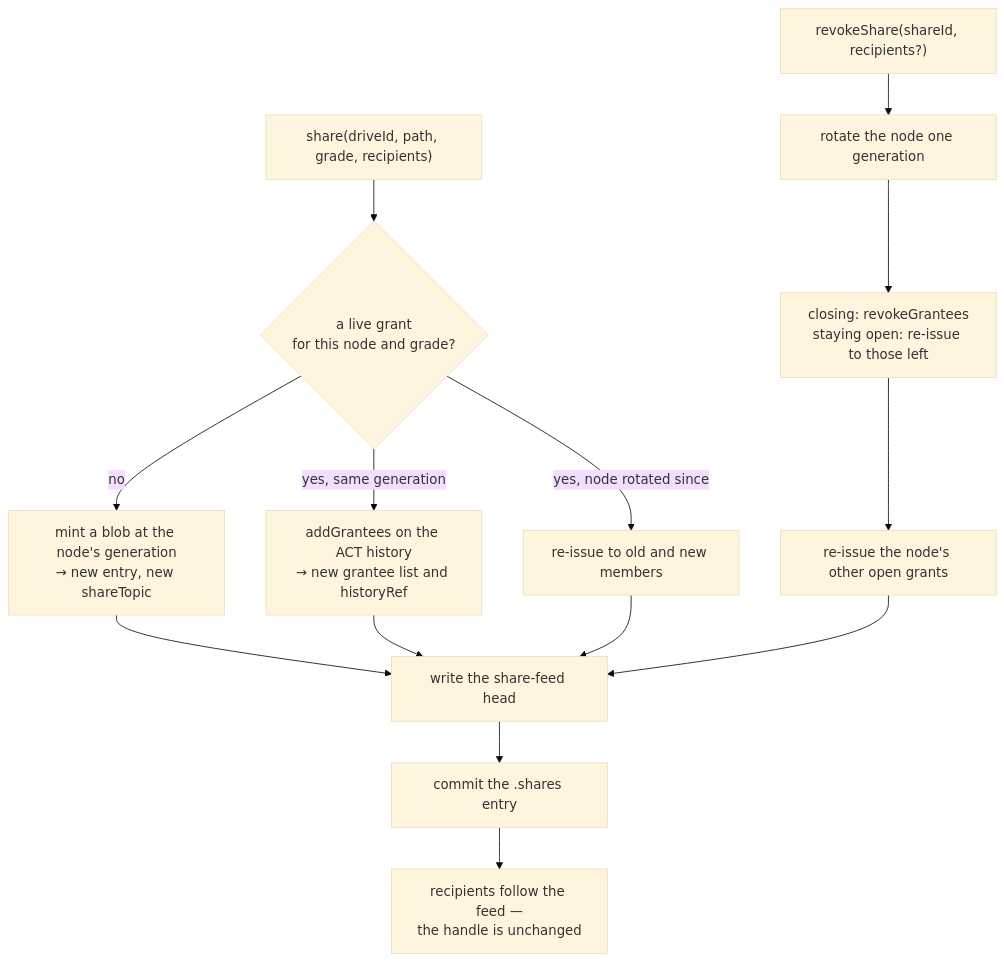
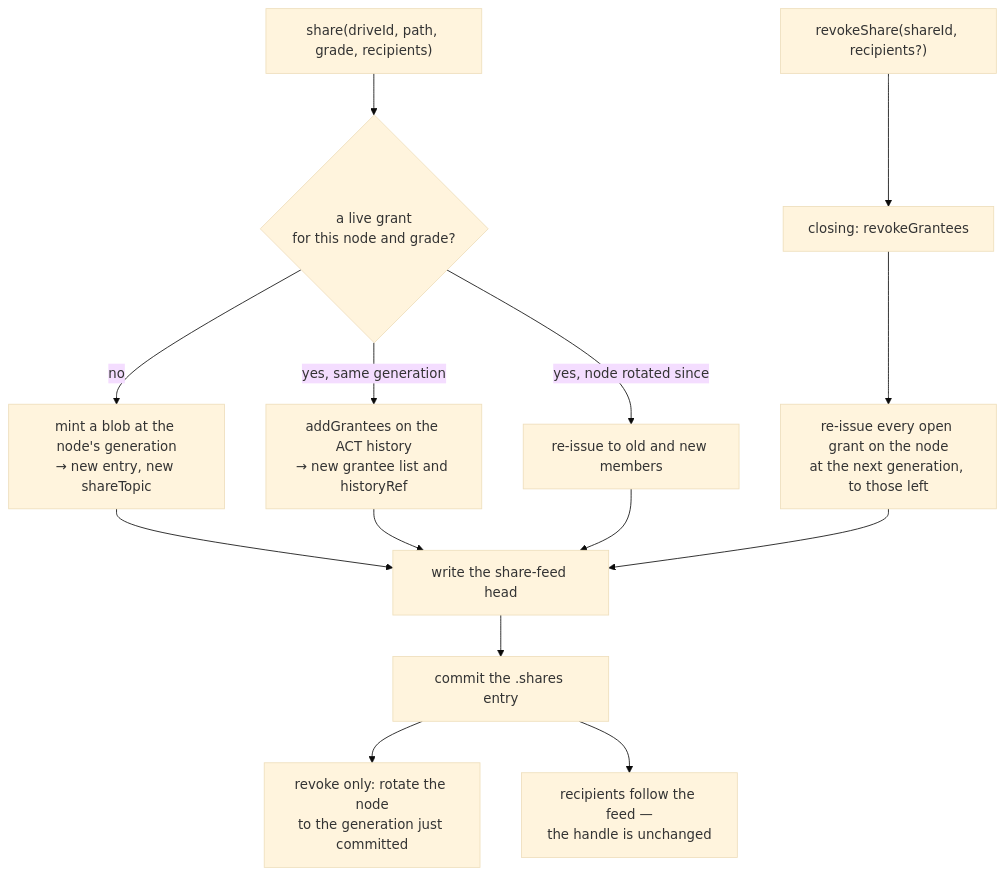
Before and after one commit to Solar-Punk-Ltd/file-manager-lib: the fifth of 6 diagrams in docs/ACCESS_CONTROL.md, drawn with Mermaid (base theme). The commit also changed other lines of this file and 16 other files, not shown here.

````diff
--- a/docs/ACCESS_CONTROL.md
+++ b/docs/ACCESS_CONTROL.md
@@ -346,16 +361,16 @@
 ```mermaid
 flowchart TD
     A["share(driveId, path, grade, recipients)"] --> B{"a live grant<br/>for this node and grade?"}
     B -- no --> M["mint a blob at the node's generation<br/>→ new entry, new shareTopic"]
     B -- "yes, same generation" --> C["addGrantees on the ACT history<br/>→ new grantee list and historyRef"]
     B -- "yes, node rotated since" --> RI["re-issue to old and new members"]
-    R["revokeShare(shareId, recipients?)"] --> RN["rotate the node one generation"]
-    RN --> C2["closing: revokeGrantees<br/>staying open: re-issue to those left"]
-    C2 --> RO["re-issue the node's other open grants"]
+    R["revokeShare(shareId, recipients?)"] --> C2["closing: revokeGrantees"]
+    C2 --> RO["re-issue every open grant on the node<br/>at the next generation, to those left"]
     M --> D["write the share-feed head"]
     C --> D
     RI --> D
     RO --> D
     D --> E["commit the .shares entry"]
+    E --> RN["revoke only: rotate the node<br/>to the generation just committed"]
     E --> F["recipients follow the feed —<br/>the handle is unchanged"]
 ```
````
